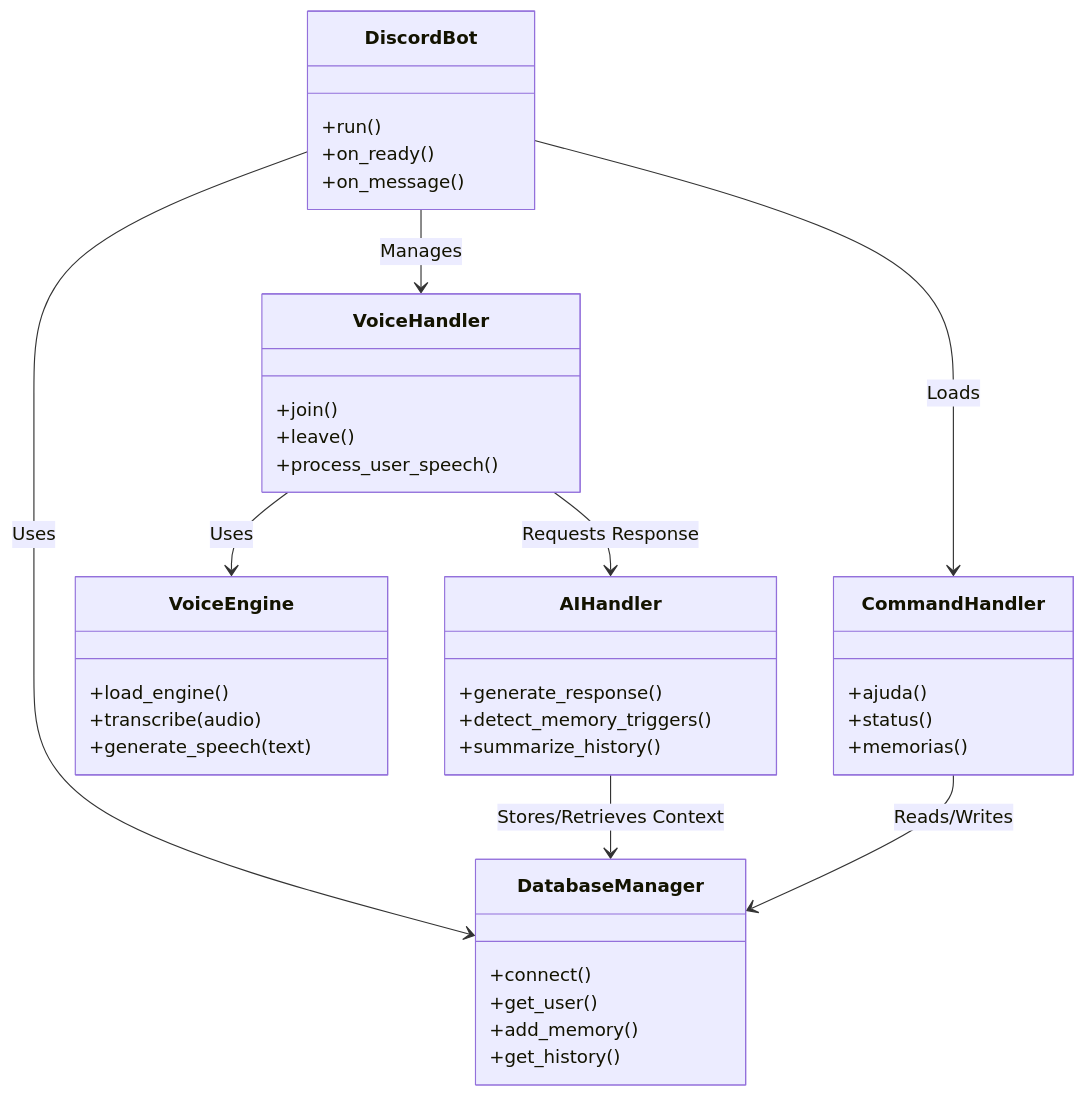
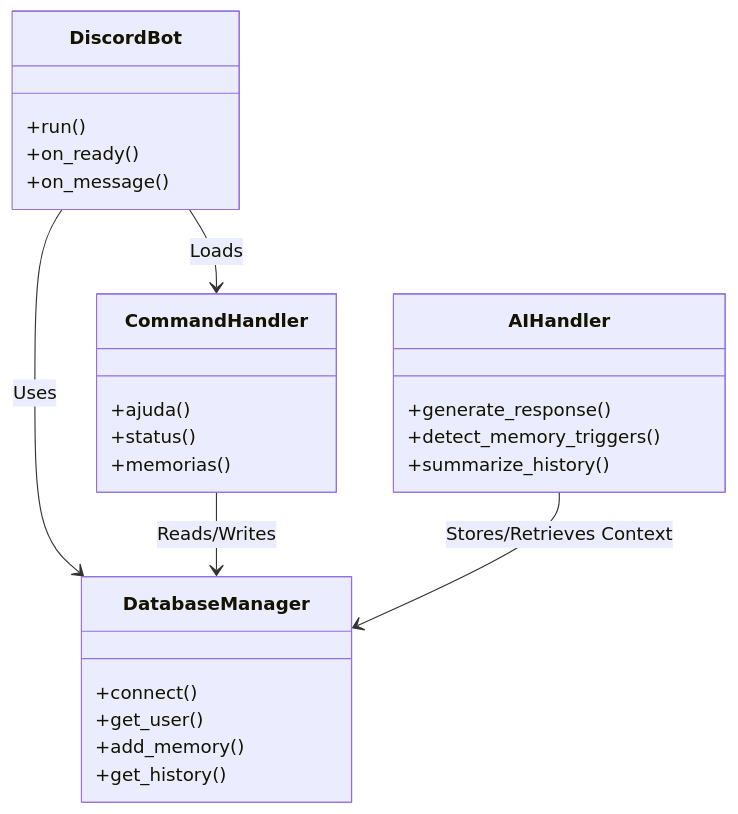
One commit to FellypeMelo/Agent-DC-Bot changed the diagram in docs/ARCHITECTURE.md. Above: the diagram before and after it, drawn with Mermaid. The commit also changed other lines of this file and 30 other files, not shown here.

Commit message:
feat: Implement core Discord bot architecture including AI, memory, database, commands, comprehensive documentation, and diagnostic tools.

````diff
--- a/docs/ARCHITECTURE.md
+++ b/docs/ARCHITECTURE.md
@@ -9,42 +9,29 @@
 ```mermaid
 classDiagram
     class DiscordBot {
         +run()
         +on_ready()
         +on_message()
     }
     class DatabaseManager {
         +connect()
         +get_user()
         +add_memory()
         +get_history()
     }
-    class VoiceEngine {
-        +load_engine()
-        +transcribe(audio)
-        +generate_speech(text)
-    }
     class AIHandler {
         +generate_response()
         +detect_memory_triggers()
         +summarize_history()
     }
     class CommandHandler {
         +ajuda()
         +status()
         +memorias()
     }
-    class VoiceHandler {
-        +join()
-        +leave()
-        +process_user_speech()
-    }
 
     DiscordBot --> DatabaseManager : Uses
-    DiscordBot --> VoiceHandler : Manages
     DiscordBot --> CommandHandler : Loads
-    VoiceHandler --> VoiceEngine : Uses
-    VoiceHandler --> AIHandler : Requests Response
     CommandHandler --> DatabaseManager : Reads/Writes
     AIHandler --> DatabaseManager : Stores/Retrieves Context
 ```
````
